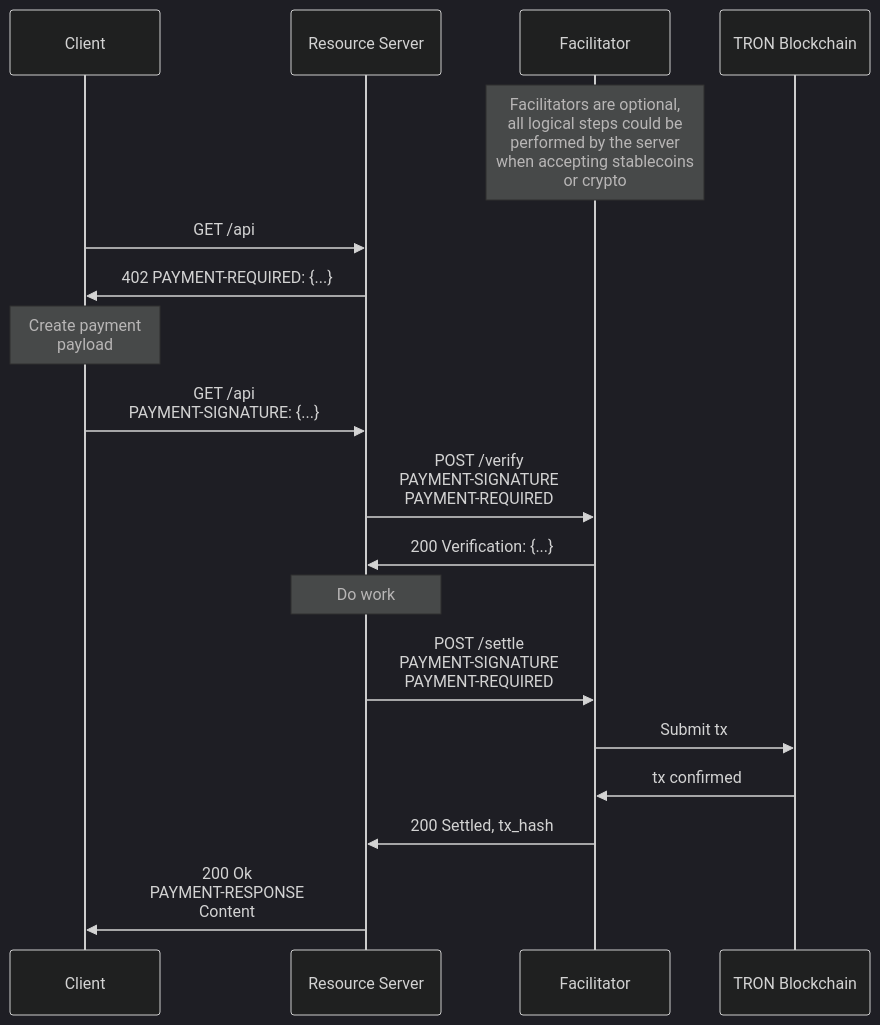
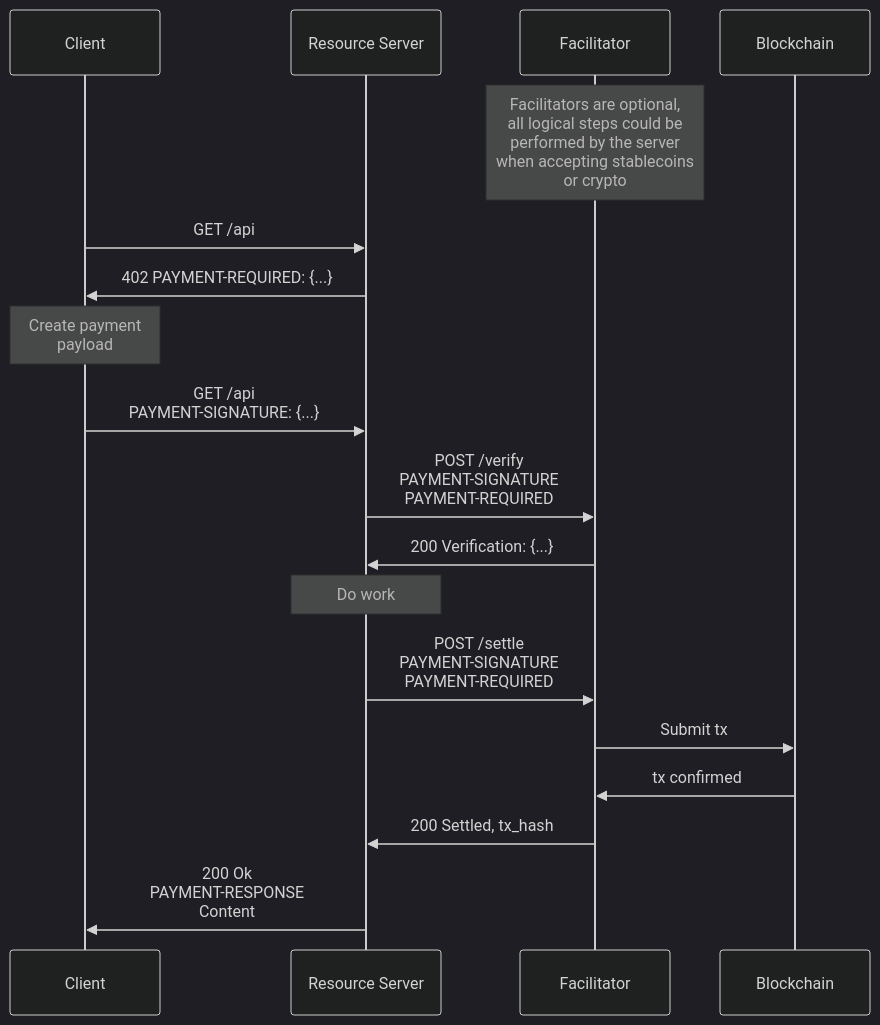
Before and after one commit to bankofai/x402: the diagram in README.md, drawn with Mermaid (dark theme). The commit also changed other lines of this file, not shown here.

````diff
--- a/README.md
+++ b/README.md
@@ -148,26 +147,26 @@
 ```mermaid
 sequenceDiagram
     participant Client
     participant Server as Resource Server
     participant Facilitator
-    participant Blockchain as TRON Blockchain
+    participant Blockchain as Blockchain
 
     Note over Facilitator: Facilitators are optional,<br/>all logical steps could be<br/>performed by the server<br/>when accepting stablecoins<br/>or crypto
 
     Client->>Server: GET /api
     Server->>Client: 402 PAYMENT-REQUIRED: {...}
     
     Note over Client: Create payment<br/>payload
     
     Client->>Server: GET /api<br/>PAYMENT-SIGNATURE: {...}
     Server->>Facilitator: POST /verify<br/>PAYMENT-SIGNATURE<br/>PAYMENT-REQUIRED
     Facilitator->>Server: 200 Verification: {...}
     
     Note over Server: Do work
     
     Server->>Facilitator: POST /settle<br/>PAYMENT-SIGNATURE<br/>PAYMENT-REQUIRED
     Facilitator->>Blockchain: Submit tx
     Blockchain->>Facilitator: tx confirmed
     Facilitator->>Server: 200 Settled, tx_hash
     Server->>Client: 200 Ok<br/>PAYMENT-RESPONSE<br/>Content
 ```
````
